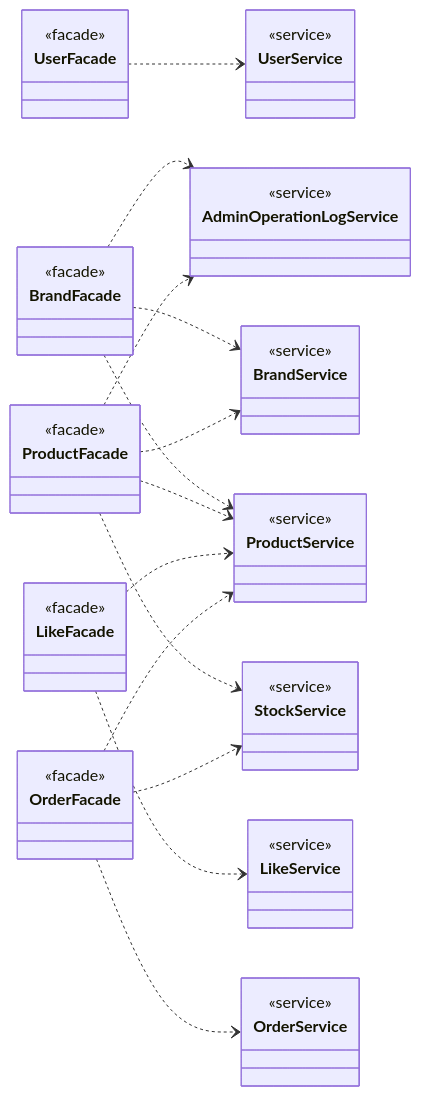
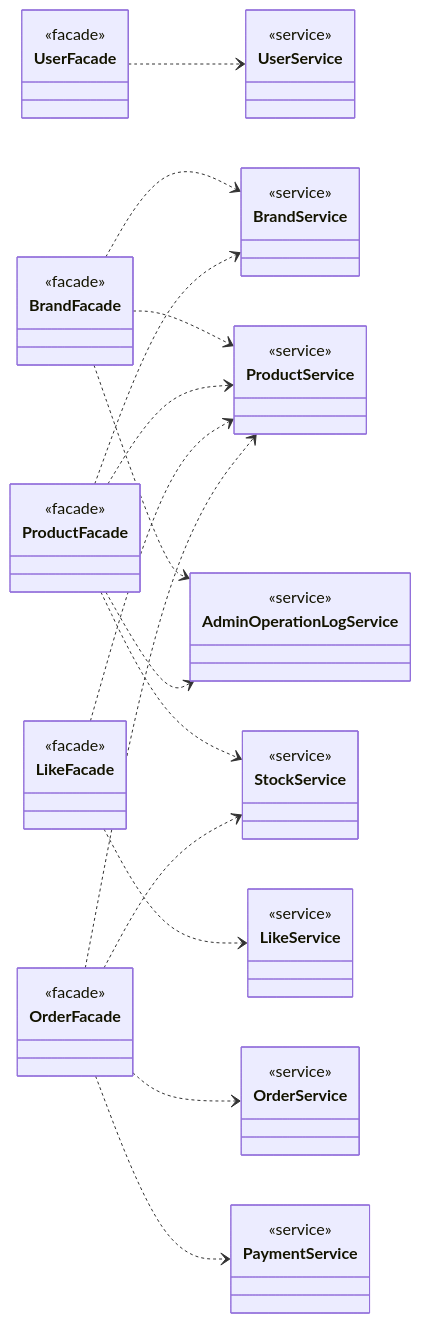
The ninth of 9 diagrams in docs/design/03-class-diagram.md (scv74502/be-theory-kotlin), drawn with Mermaid before and after one commit. The commit also changed other lines of this file and 3 other files, not shown here.

Commit message:
[docs] 요구사항 보완 및 시퀀스 다이어그램, 클래스 다이어그램, erd 추가

````diff
--- a/docs/design/03-class-diagram.md
+++ b/docs/design/03-class-diagram.md
@@ -699,56 +792,60 @@
 ```mermaid
 classDiagram
     direction LR
 
     class UserFacade {
         <<facade>>
     }
     class BrandFacade {
         <<facade>>
     }
     class ProductFacade {
         <<facade>>
     }
     class LikeFacade {
         <<facade>>
     }
     class OrderFacade {
         <<facade>>
     }
 
     class UserService {
         <<service>>
     }
     class AdminOperationLogService {
         <<service>>
     }
     class BrandService {
         <<service>>
     }
     class ProductService {
         <<service>>
     }
     class StockService {
         <<service>>
     }
     class LikeService {
         <<service>>
     }
     class OrderService {
         <<service>>
     }
+    class PaymentService {
+        <<service>>
+    }
 
     UserFacade ..> UserService
     BrandFacade ..> BrandService
     BrandFacade ..> ProductService
     BrandFacade ..> AdminOperationLogService
     ProductFacade ..> ProductService
     ProductFacade ..> StockService
     ProductFacade ..> BrandService
     ProductFacade ..> AdminOperationLogService
     LikeFacade ..> LikeService
     LikeFacade ..> ProductService
     OrderFacade ..> OrderService
     OrderFacade ..> ProductService
     OrderFacade ..> StockService
+    OrderFacade ..> PaymentService
 ```
````
